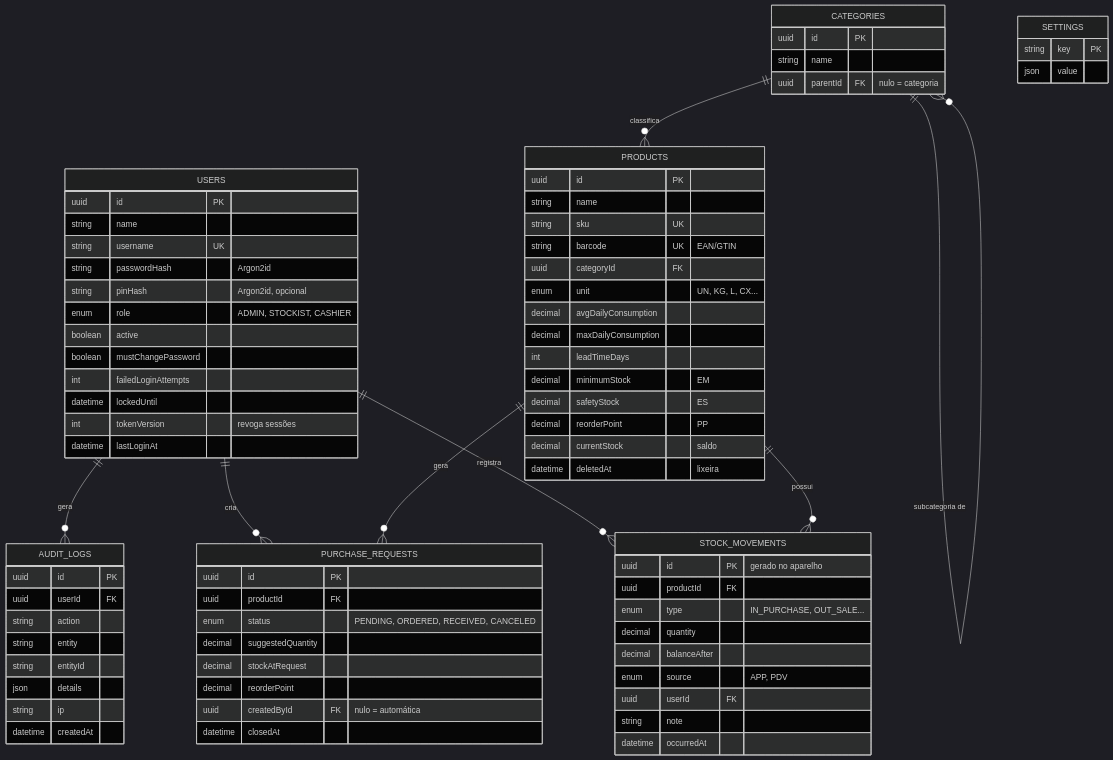
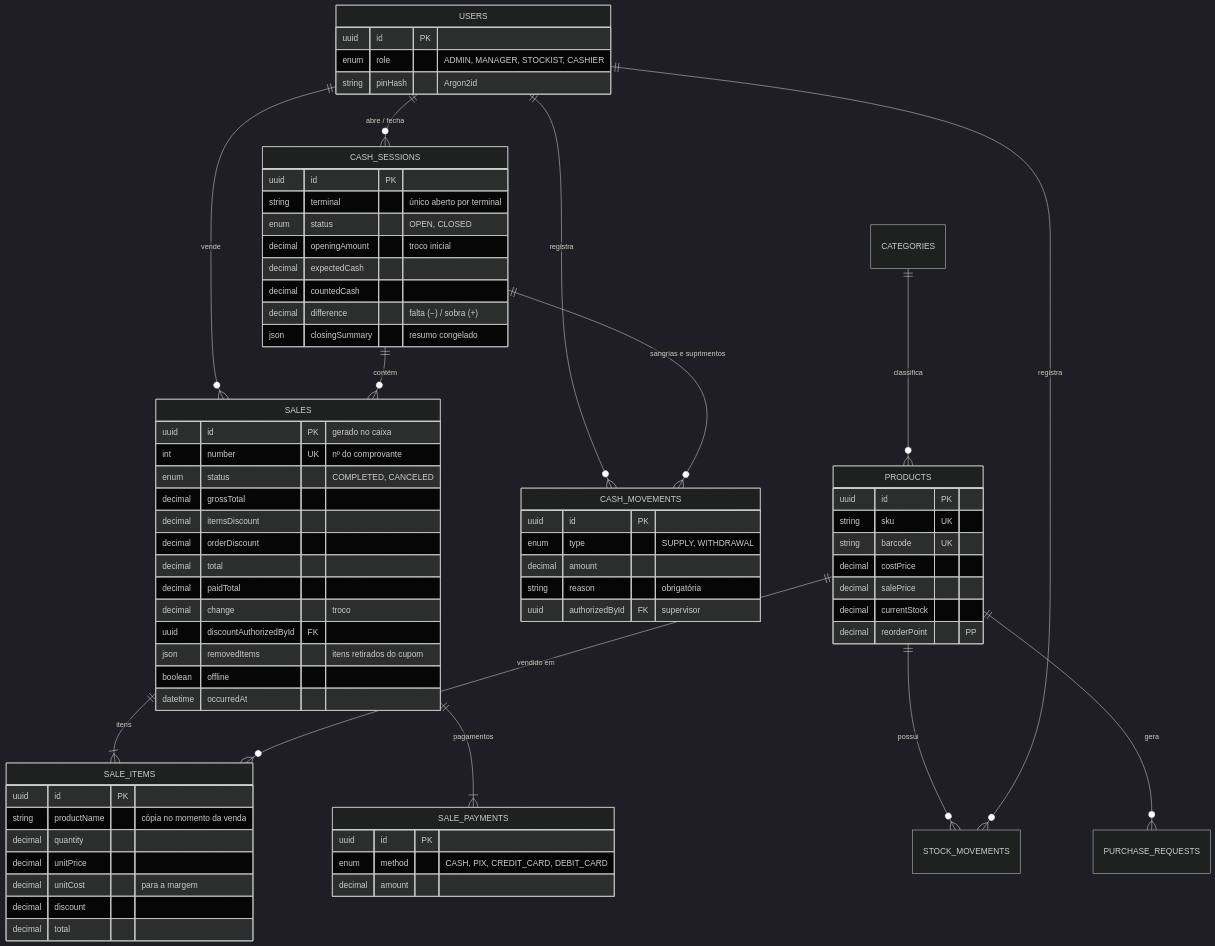
One commit to tassiocarvalho/vl-estoque changed the fourth of 11 diagrams in README.md. Above: the diagram before and after it, drawn with Mermaid (dark theme). The commit also changed other lines of this file and 109 other files, not shown here.

````diff
--- a/README.md
+++ b/README.md
@@ -251,87 +319,82 @@
 ```mermaid
 erDiagram
+    USERS ||--o{ CASH_SESSIONS : "abre / fecha"
+    USERS ||--o{ SALES : "vende"
+    USERS ||--o{ CASH_MOVEMENTS : "registra"
+    CASH_SESSIONS ||--o{ SALES : "contém"
+    CASH_SESSIONS ||--o{ CASH_MOVEMENTS : "sangrias e suprimentos"
+    SALES ||--|{ SALE_ITEMS : "itens"
+    SALES ||--|{ SALE_PAYMENTS : "pagamentos"
+    PRODUCTS ||--o{ SALE_ITEMS : "vendido em"
+    PRODUCTS ||--o{ STOCK_MOVEMENTS : "possui"
+    CATEGORIES ||--o{ PRODUCTS : "classifica"
     USERS ||--o{ STOCK_MOVEMENTS : "registra"
-    USERS ||--o{ PURCHASE_REQUESTS : "cria"
-    USERS ||--o{ AUDIT_LOGS : "gera"
-    CATEGORIES ||--o{ CATEGORIES : "subcategoria de"
-    CATEGORIES ||--o{ PRODUCTS : "classifica"
-    PRODUCTS ||--o{ STOCK_MOVEMENTS : "possui"
     PRODUCTS ||--o{ PURCHASE_REQUESTS : "gera"
 
-    USERS {
+    CASH_SESSIONS {
         uuid id PK
-        string name
-        string username UK
-        string passwordHash "Argon2id"
-        string pinHash "Argon2id, opcional"
-        enum role "ADMIN, STOCKIST, CASHIER"
-        boolean active
-        boolean mustChangePassword
-        int failedLoginAttempts
-        datetime lockedUntil
-        int tokenVersion "revoga sessões"
-        datetime lastLoginAt
+        string terminal "único aberto por terminal"
+        enum status "OPEN, CLOSED"
+        decimal openingAmount "troco inicial"
+        decimal expectedCash
+        decimal countedCash
+        decimal difference "falta (−) / sobra (+)"
+        json closingSummary "resumo congelado"
     }
 
-    CATEGORIES {
+    CASH_MOVEMENTS {
         uuid id PK
-        string name
-        uuid parentId FK "nulo = categoria"
+        enum type "SUPPLY, WITHDRAWAL"
+        decimal amount
+        string reason "obrigatória"
+        uuid authorizedById FK "supervisor"
+    }
+
+    SALES {
+        uuid id PK "gerado no caixa"
+        int number UK "nº do comprovante"
+        enum status "COMPLETED, CANCELED"
+        decimal grossTotal
+        decimal itemsDiscount
+        decimal orderDiscount
+        decimal total
+        decimal paidTotal
+        decimal change "troco"
+        uuid discountAuthorizedById FK
+        json removedItems "itens retirados do cupom"
+        boolean offline
+        datetime occurredAt
+    }
+
+    SALE_ITEMS {
+        uuid id PK
+        string productName "cópia no momento da venda"
+        decimal quantity
+        decimal unitPrice
+        decimal unitCost "para a margem"
+        decimal discount
+        decimal total
+    }
+
+    SALE_PAYMENTS {
+        uuid id PK
+        enum method "CASH, PIX, CREDIT_CARD, DEBIT_CARD"
+        decimal amount
     }
 
     PRODUCTS {
         uuid id PK
-        string name
         string sku UK
-        string barcode UK "EAN/GTIN"
-        uuid categoryId FK
-        enum unit "UN, KG, L, CX..."
-        decimal avgDailyConsumption
-        decimal maxDailyConsumption
-        int leadTimeDays
-        decimal minimumStock "EM"
-        decimal safetyStock "ES"
+        string barcode UK
+        decimal costPrice
+        decimal salePrice
+        decimal currentStock
         decimal reorderPoint "PP"
-        decimal currentStock "saldo"
-        datetime deletedAt "lixeira"
     }
 
-    STOCK_MOVEMENTS {
-        uuid id PK "gerado no aparelho"
-        uuid productId FK
-        enum type "IN_PURCHASE, OUT_SALE..."
-        decimal quantity
-        decimal balanceAfter
-        enum source "APP, PDV"
-        uuid userId FK
-        string note
-        datetime occurredAt
-    }
-
-    PURCHASE_REQUESTS {
+    USERS {
         uuid id PK
-        uuid productId FK
-        enum status "PENDING, ORDERED, RECEIVED, CANCELED"
-        decimal suggestedQuantity
-        decimal stockAtRequest
-        decimal reorderPoint
-        uuid createdById FK "nulo = automática"
-        datetime closedAt
-    }
-
-    SETTINGS {
-        string key PK
-        json value
-    }
-
-    AUDIT_LOGS {
-        uuid id PK
-        uuid userId FK
-        string action
-        string entity
-        string entityId
-        json details
-        string ip
-        datetime createdAt
+        enum role "ADMIN, MANAGER, STOCKIST, CASHIER"
+        string pinHash "Argon2id"
     }
 ```
````
